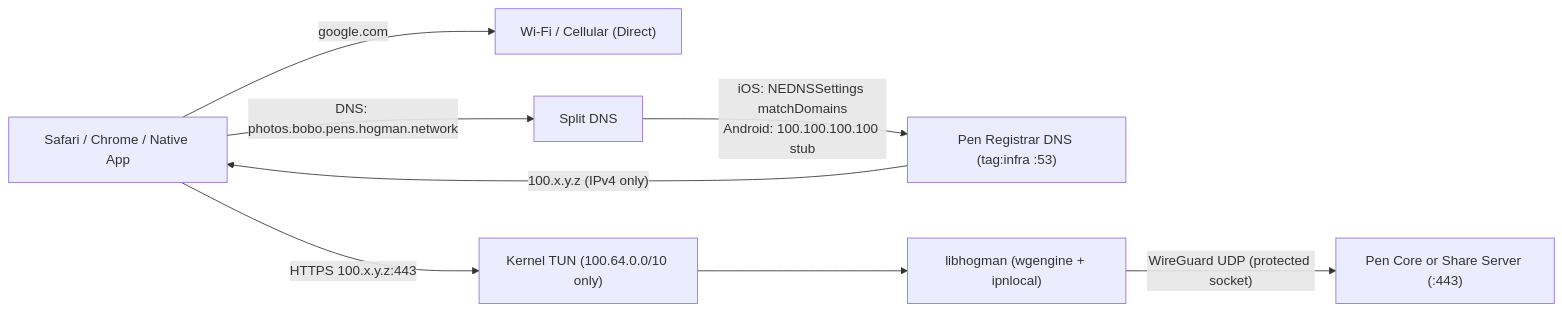
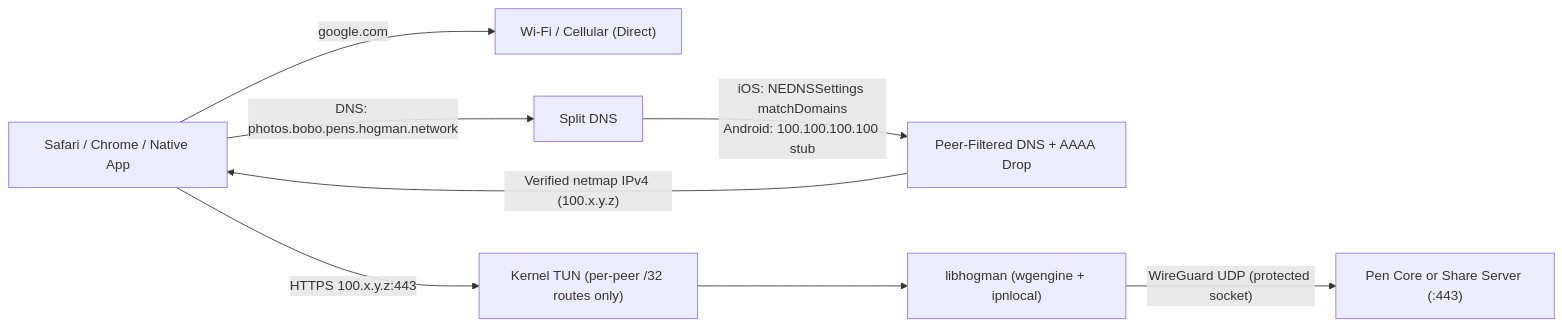
The diagram in docs/mobile.md (celtiberi/hogman), drawn with Mermaid before and after one commit. The commit also changed other lines of this file and 1 other file, not shown here.

Commit message:
Address mobile architecture security review findings

````diff
--- a/docs/mobile.md
+++ b/docs/mobile.md
@@ -37,10 +40,10 @@
 ```mermaid
 flowchart LR
     App["Safari / Chrome / Native App"] -->|"google.com"| Direct["Wi-Fi / Cellular (Direct)"]
     App -->|"DNS: photos.bobo.pens.hogman.network"| SplitDNS["Split DNS"]
-    SplitDNS -->|"iOS: NEDNSSettings matchDomains\nAndroid: 100.100.100.100 stub"| PenDNS["Pen Registrar DNS (tag:infra :53)"]
-    PenDNS -->|"100.x.y.z (IPv4 only)"| App
-    App -->|"HTTPS 100.x.y.z:443"| TUN["Kernel TUN (100.64.0.0/10 only)"]
+    SplitDNS -->|"iOS: NEDNSSettings matchDomains\nAndroid: 100.100.100.100 stub"| Filter["Peer-Filtered DNS + AAAA Drop"]
+    Filter -->|"Verified netmap IPv4 (100.x.y.z)"| App
+    App -->|"HTTPS 100.x.y.z:443"| TUN["Kernel TUN (per-peer /32 routes only)"]
     TUN --> Engine["libhogman (wgengine + ipnlocal)"]
     Engine -->|"WireGuard UDP (protected socket)"| Peer["Pen Core or Share Server (:443)"]
 ```
````
